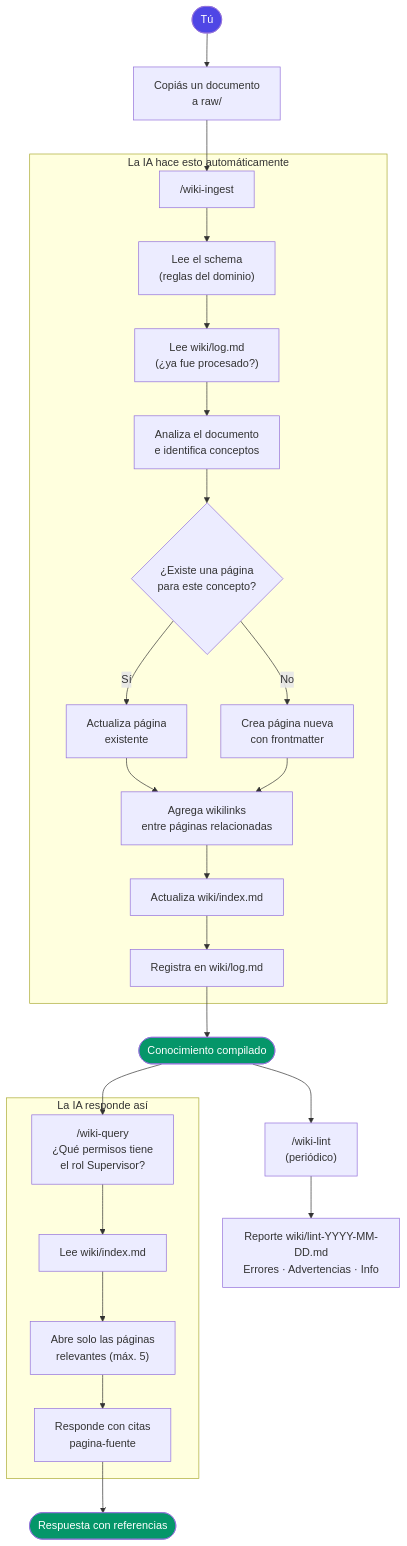
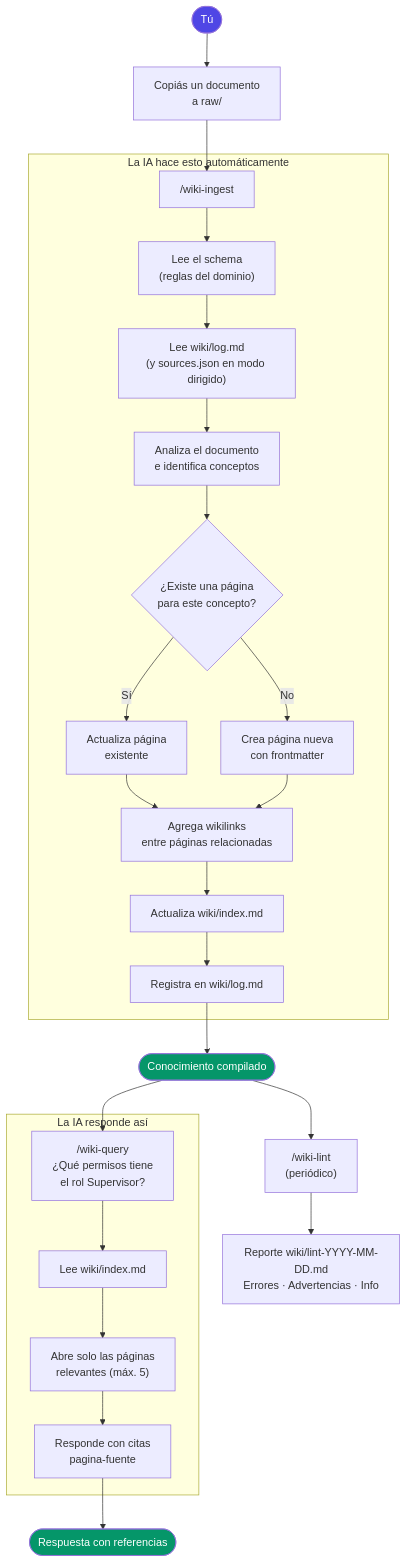
One commit to DavDaz/llm-wiki-template changed the second of 2 diagrams in README.md. Above: the diagram before and after it, drawn with Mermaid. The commit also changed other lines of this file and 7 other files, not shown here.

````diff
--- a/README.md
+++ b/README.md
@@ -111,37 +111,37 @@
 ```mermaid
 flowchart TD
     A([Tú]) --> B["Copiás un documento\na raw/"]
 
     B --> C["/wiki-ingest"]
 
     subgraph IA ["La IA hace esto automáticamente"]
         C --> D["Lee el schema\n(reglas del dominio)"]
-        D --> E["Lee wiki/log.md\n(¿ya fue procesado?)"]
+        D --> E["Lee wiki/log.md\n(y sources.json en modo dirigido)"]
         E --> F["Analiza el documento\ne identifica conceptos"]
         F --> G{"¿Existe una página\npara este concepto?"}
         G -- "Sí" --> H["Actualiza página\nexistente"]
         G -- "No" --> I["Crea página nueva\ncon frontmatter"]
         H & I --> J["Agrega wikilinks\nentre páginas relacionadas"]
         J --> K["Actualiza wiki/index.md"]
         K --> L["Registra en wiki/log.md"]
     end
 
     L --> M([Conocimiento compilado])
 
     M --> N["/wiki-query\n¿Qué permisos tiene\nel rol Supervisor?"]
 
     subgraph QUERY ["La IA responde así"]
         N --> O["Lee wiki/index.md"]
         O --> P["Abre solo las páginas\nrelevantes (máx. 5)"]
         P --> Q["Responde con citas\npagina-fuente"]
     end
 
     Q --> R([Respuesta con referencias])
 
     M --> S["/wiki-lint\n(periódico)"]
     S --> T["Reporte wiki/lint-YYYY-MM-DD.md\nErrores · Advertencias · Info"]
 
     style A fill:#4f46e5,color:#fff
     style M fill:#059669,color:#fff
     style R fill:#059669,color:#fff
 ```
````
